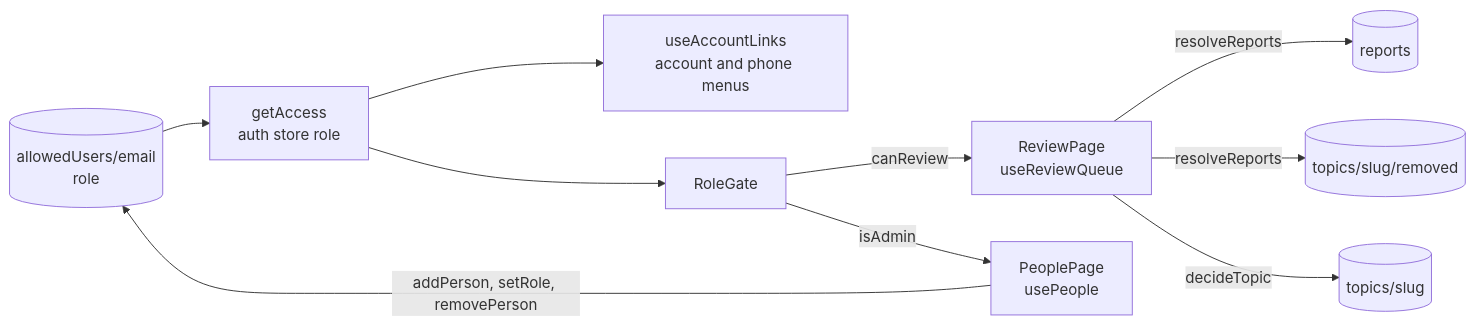
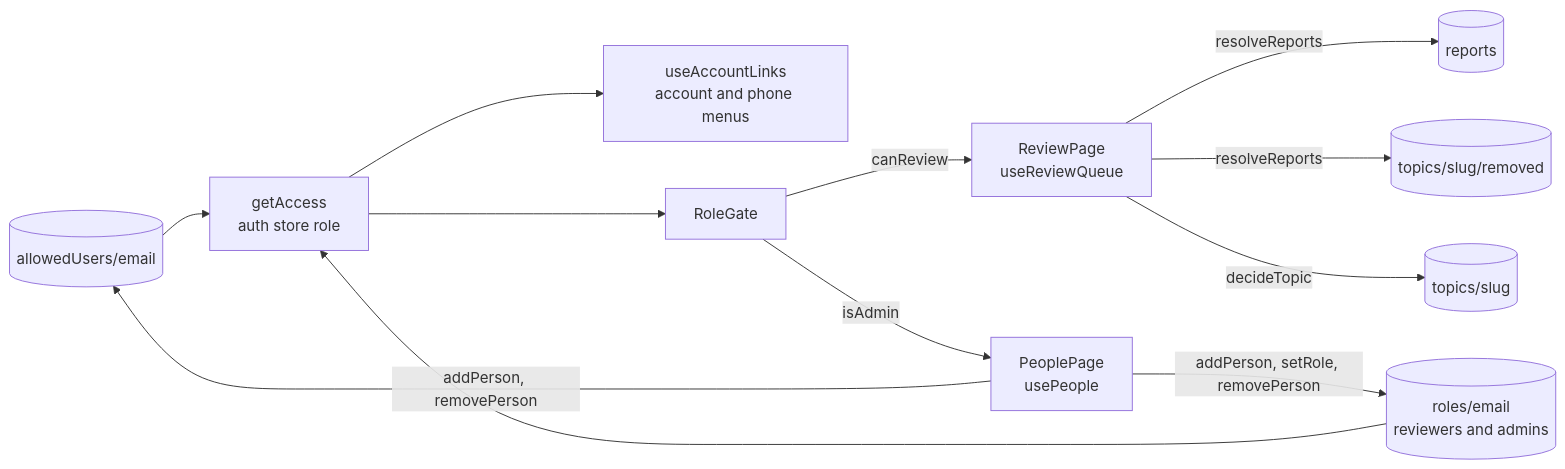
One commit to Valiance-Studios/bible-center changed diagram 18 of 21 in ARCHITECTURE.md. Above: the diagram before and after it, drawn with Mermaid. The commit also changed other lines of this file and 9 other files, not shown here.

````diff
--- a/ARCHITECTURE.md
+++ b/ARCHITECTURE.md
@@ -635,12 +635,14 @@
 ```mermaid
 flowchart LR
-  entry[("allowedUsers/email<br/>role")] --> getAccess["getAccess<br/>auth store role"]
+  allowed[("allowedUsers/email")] --> getAccess["getAccess<br/>auth store role"]
+  entry[("roles/email<br/>reviewers and admins")] --> getAccess
   getAccess --> links["useAccountLinks<br/>account and phone menus"]
   getAccess --> gate["RoleGate"]
   gate -- "canReview" --> review["ReviewPage<br/>useReviewQueue"]
   gate -- "isAdmin" --> people["PeoplePage<br/>usePeople"]
   review -- "resolveReports" --> reports[("reports")]
   review -- "resolveReports" --> removed[("topics/slug/removed")]
   review -- "decideTopic" --> topics[("topics/slug")]
+  people -- "addPerson, removePerson" --> allowed
   people -- "addPerson, setRole, removePerson" --> entry
 ```
````
